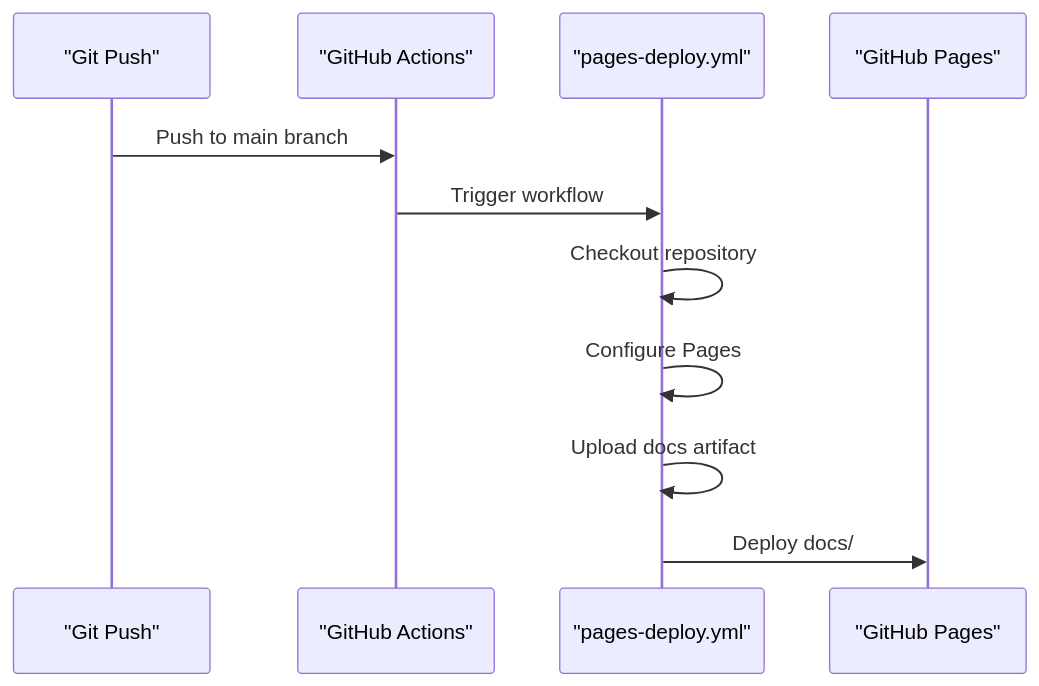
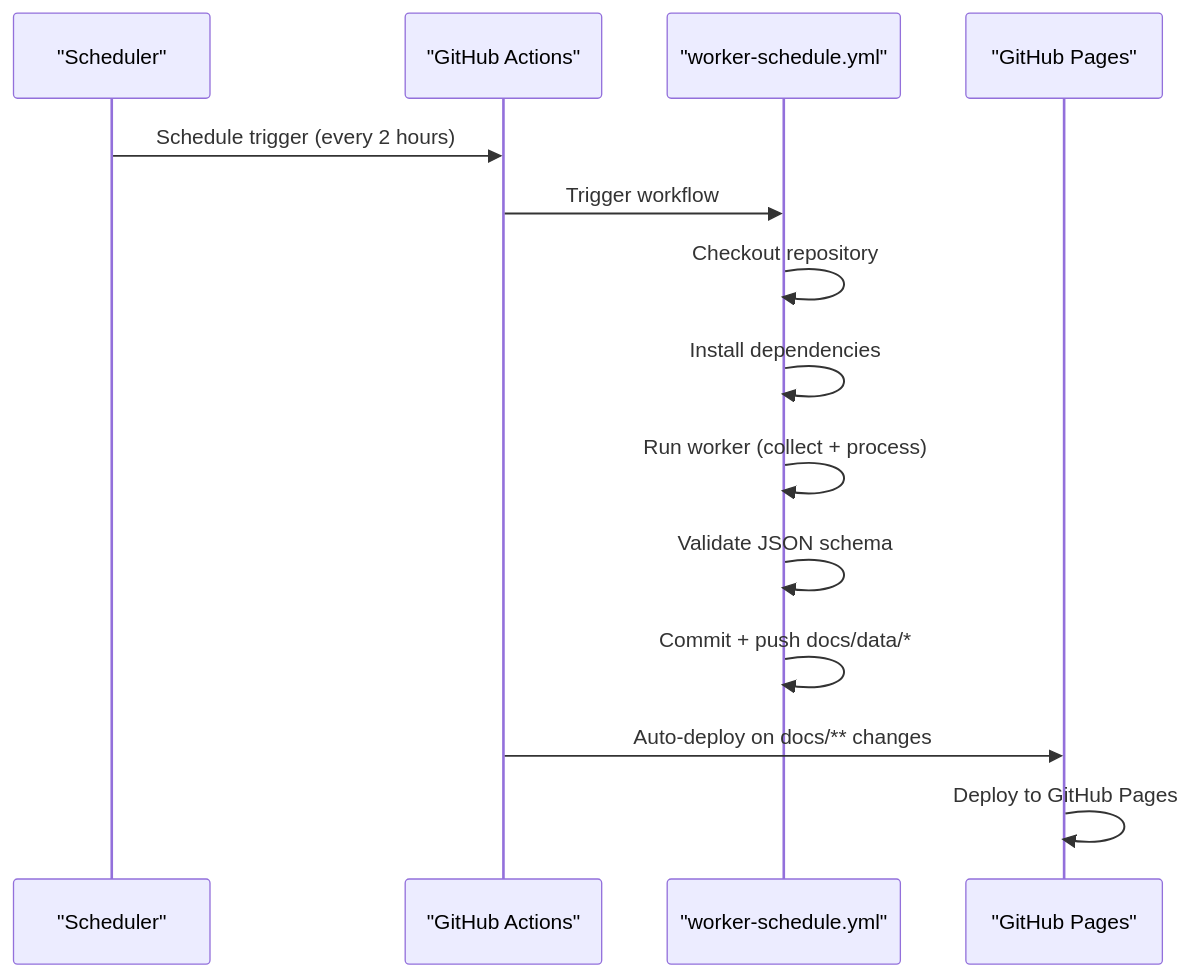
Before and after one commit to shakthi-vinayak/news: the fourth of 6 diagrams in .qoder/repowiki/en/content/Project Overview/Key Features.md, drawn with Mermaid. The commit also changed other lines of this file and 37 other files, not shown here.

````diff
--- a/.qoder/repowiki/en/content/Project Overview/Key Features.md
+++ b/.qoder/repowiki/en/content/Project Overview/Key Features.md
@@ -221,13 +230,16 @@
 ```mermaid
 sequenceDiagram
-participant Git as "Git Push"
+participant Cron as "Scheduler"
 participant GH as "GitHub Actions"
-participant WF as "pages-deploy.yml"
+participant WF as "worker-schedule.yml"
 participant Pages as "GitHub Pages"
-Git->>GH : Push to main branch
+Cron->>GH : Schedule trigger (every 2 hours)
 GH->>WF : Trigger workflow
 WF->>WF : Checkout repository
-WF->>WF : Configure Pages
-WF->>WF : Upload docs artifact
-WF->>Pages : Deploy docs/
+WF->>WF : Install dependencies
+WF->>WF : Run worker (collect + process)
+WF->>WF : Validate JSON schema
+WF->>WF : Commit + push docs/data/*
+GH->>Pages : Auto-deploy on docs/** changes
+Pages->>Pages : Deploy to GitHub Pages
 ```
````
